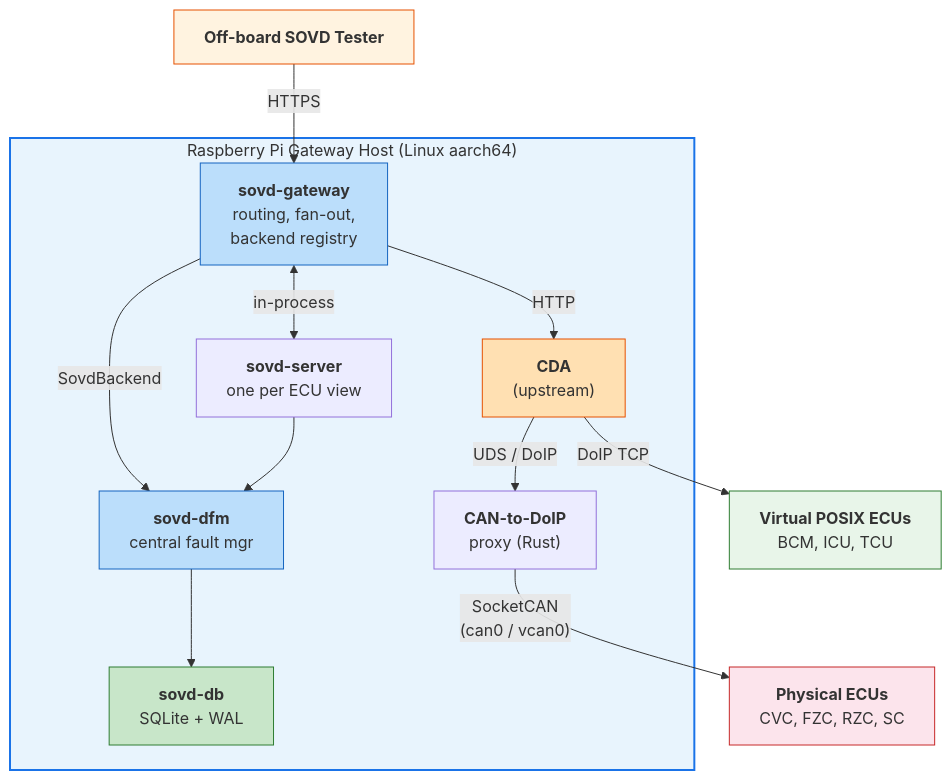
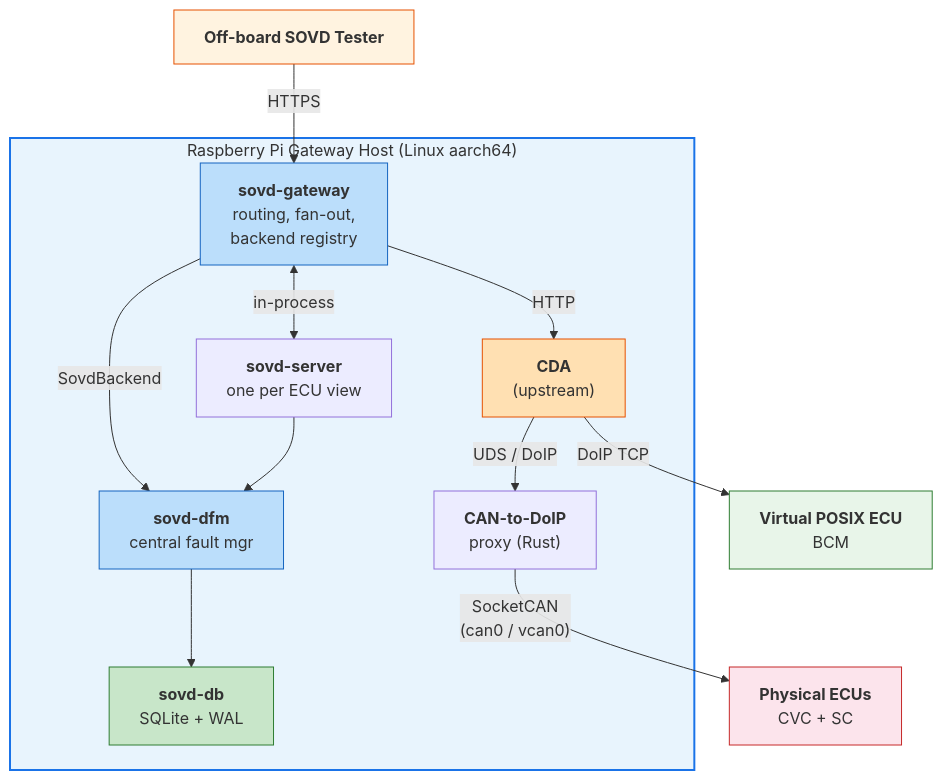
The second of 15 diagrams in docs/SYSTEM-SPECIFICATION.md (nhuvaoanh123/taktflow-opensovd), drawn with Mermaid before and after one commit. The commit also changed other lines of this file and 7 other files, not shown here.

````diff
--- a/docs/SYSTEM-SPECIFICATION.md
+++ b/docs/SYSTEM-SPECIFICATION.md
@@ -81,36 +95,36 @@
 ```mermaid
 graph TB
     TESTER["<b>Off-board SOVD Tester</b>"]
     TESTER -->|"HTTPS"| GW
 
     subgraph PI ["Raspberry Pi Gateway Host (Linux aarch64)"]
         GW["<b>sovd-gateway</b><br/>routing, fan-out,<br/>backend registry"]
         SRV["<b>sovd-server</b><br/>one per ECU view"]
         DFM["<b>sovd-dfm</b><br/>central fault mgr"]
         DB["<b>sovd-db</b><br/>SQLite + WAL"]
         CDA["<b>CDA</b><br/>(upstream)"]
         PROXY["<b>CAN-to-DoIP</b><br/>proxy (Rust)"]
 
         GW <-->|"in-process"| SRV
         GW -->|"SovdBackend"| DFM
         GW -->|"HTTP"| CDA
         DFM --> DB
         SRV --> DFM
         CDA -->|"UDS / DoIP"| PROXY
     end
 
     PROXY -->|"SocketCAN<br/>(can0 / vcan0)"| PE
     CDA -->|"DoIP TCP"| VE
 
-    VE["<b>Virtual POSIX ECUs</b><br/>BCM, ICU, TCU"]
-    PE["<b>Physical ECUs</b><br/>CVC, FZC, RZC, SC"]
+    VE["<b>Virtual POSIX ECU</b><br/>BCM"]
+    PE["<b>Physical ECUs</b><br/>CVC + SC"]
 
     style PI fill:#e8f4fd,stroke:#1a73e8,stroke-width:2px
     style TESTER fill:#fff3e0,stroke:#e65100
     style VE fill:#e8f5e9,stroke:#2e7d32
     style PE fill:#fce4ec,stroke:#c62828
     style GW fill:#bbdefb,stroke:#1565c0
     style DFM fill:#bbdefb,stroke:#1565c0
     style DB fill:#c8e6c9,stroke:#2e7d32
     style CDA fill:#ffe0b2,stroke:#e65100
 ```
````
